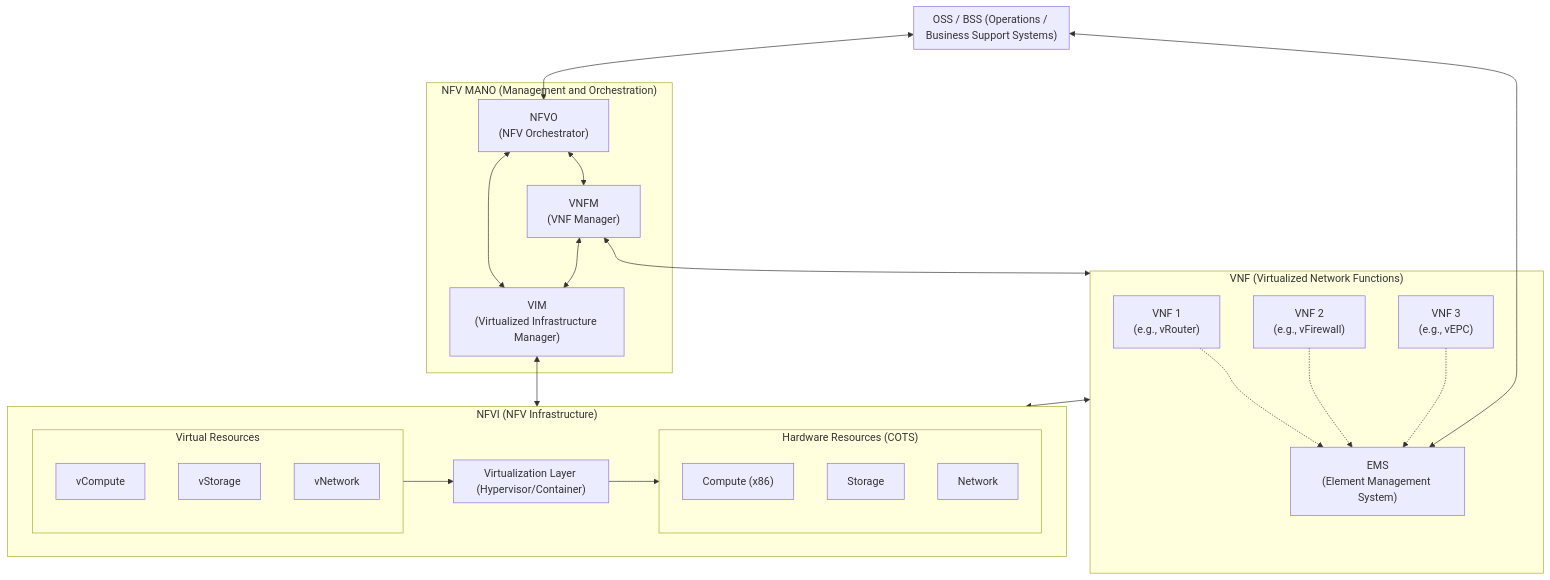
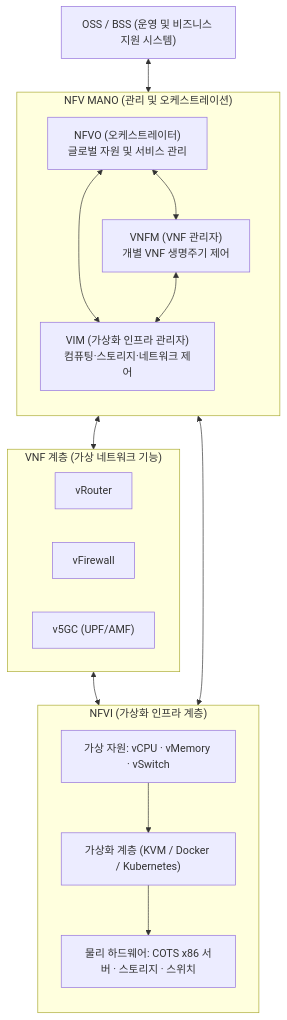
The diagram in content/01_IT Tech/NFV.md (supremethumb/supremethumb.github.io), drawn with Mermaid before and after one commit. The commit also changed other lines of this file and 362 other files, not shown here.

````diff
--- a/content/01_IT Tech/NFV.md
+++ b/content/01_IT Tech/NFV.md
@@ -30,51 +36,34 @@
 ```mermaid
 flowchart TB
-    subgraph BSS_OSS ["OSS / BSS (Operations / Business Support Systems)"]
-    end
+    OSS["OSS / BSS (운영 및 비즈니스 지원 시스템)"]
 
-    subgraph MANO ["NFV MANO (Management and Orchestration)"]
-        NFVO["NFVO<br/>(NFV Orchestrator)"]
-        VNFM["VNFM<br/>(VNF Manager)"]
-        VIM["VIM<br/>(Virtualized Infrastructure Manager)"]
+    subgraph MANO ["NFV MANO (관리 및 오케스트레이션)"]
+        direction TB
+        NFVO["NFVO (오케스트레이터)<br/>글로벌 자원 및 서비스 관리"]
+        VNFM["VNFM (VNF 관리자)<br/>개별 VNF 생명주기 제어"]
+        VIM["VIM (가상화 인프라 관리자)<br/>컴퓨팅·스토리지·네트워크 제어"]
         
-        NFVO <--> VNFM
-        NFVO <--> VIM
+        NFVO <--> VNFM & VIM
         VNFM <--> VIM
     end
 
-    subgraph VNF_Layer ["VNF (Virtualized Network Functions)"]
-        VNF1["VNF 1<br/>(e.g., vRouter)"]
-        VNF2["VNF 2<br/>(e.g., vFirewall)"]
-        VNF3["VNF 3<br/>(e.g., vEPC)"]
-        EMS["EMS<br/>(Element Management System)"]
-        
-        VNF1 -.-> EMS
-        VNF2 -.-> EMS
-        VNF3 -.-> EMS
+    subgraph VNF_Layer ["VNF 계층 (가상 네트워크 기능)"]
+        direction LR
+        VNF1["vRouter"]
+        VNF2["vFirewall"]
+        VNF3["v5GC (UPF/AMF)"]
     end
 
-    subgraph NFVI ["NFVI (NFV Infrastructure)"]
-        subgraph Virtual_Resources ["Virtual Resources"]
-            vCompute["vCompute"]
-            vStorage["vStorage"]
-            vNetwork["vNetwork"]
-        end
-        subgraph Hypervisor ["Virtualization Layer (Hypervisor/Container)"]
-        end
-        subgraph Hardware ["Hardware Resources (COTS)"]
-            Compute["Compute (x86)"]
-            Storage["Storage"]
-            Network["Network"]
-        end
-        
-        Virtual_Resources --> Hypervisor
-        Hypervisor --> Hardware
+    subgraph NFVI ["NFVI (가상화 인프라 계층)"]
+        direction TB
+        Virtual["가상 자원: vCPU · vMemory · vSwitch"]
+        Hypervisor["가상화 계층 (KVM / Docker / Kubernetes)"]
+        Hardware["물리 하드웨어: COTS x86 서버 · 스토리지 · 스위치"]
+        Virtual --> Hypervisor --> Hardware
     end
 
-    BSS_OSS <--> NFVO
-    BSS_OSS <--> EMS
+    OSS <--> NFVO
     VNFM <--> VNF_Layer
     VIM <--> NFVI
     VNF_Layer <--> NFVI
-
 ```
````
